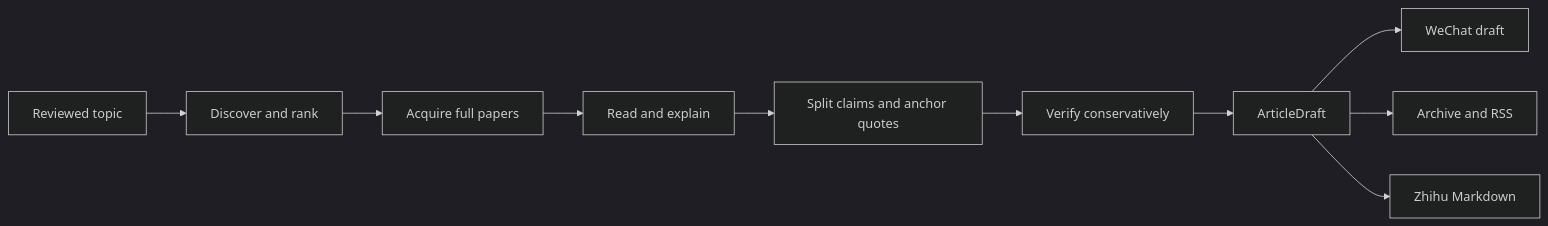
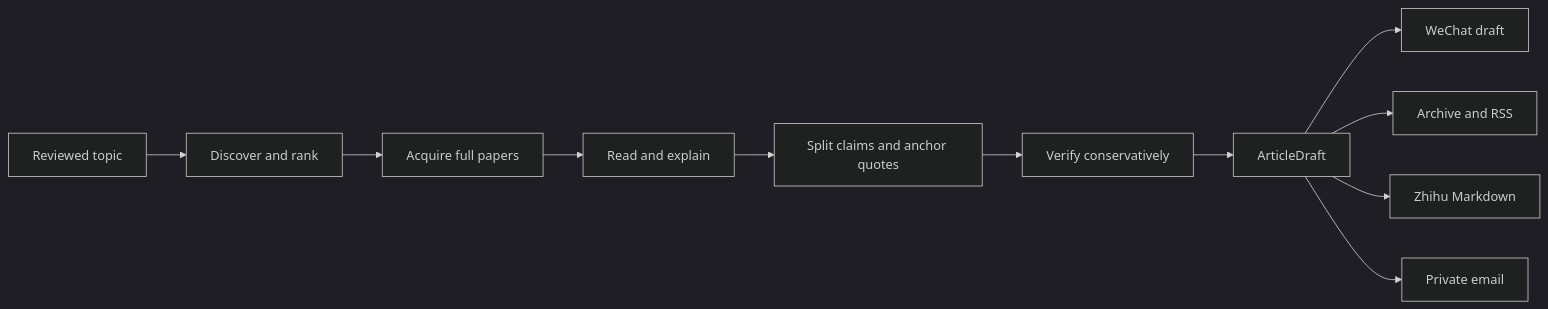
One commit to SleepyLGod/research-radar changed the diagram in README.md. Above: the diagram before and after it, drawn with Mermaid (dark theme). The commit also changed other lines of this file and 4 other files, not shown here.

First line of the commit message:
[docs] Document safe figures and private email

````diff
--- a/README.md
+++ b/README.md
@@ -31,12 +32,13 @@
 ```mermaid
 flowchart LR
     A["Reviewed topic"] --> B["Discover and rank"]
     B --> C["Acquire full papers"]
     C --> D["Read and explain"]
     D --> E["Split claims and anchor quotes"]
     E --> F["Verify conservatively"]
     F --> G["ArticleDraft"]
     G --> H["WeChat draft"]
     G --> I["Archive and RSS"]
     G --> J["Zhihu Markdown"]
+    G --> K["Private email"]
 ```
````
